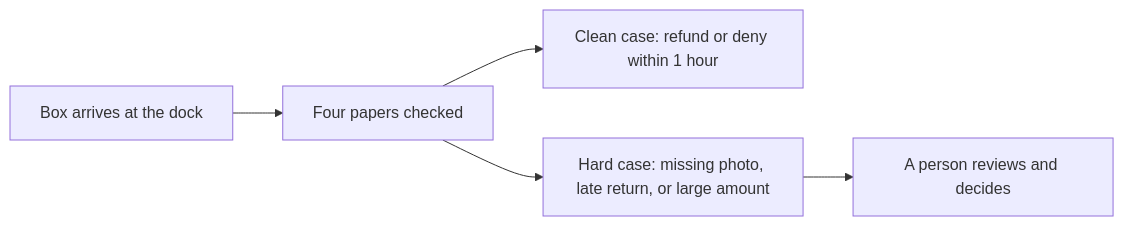
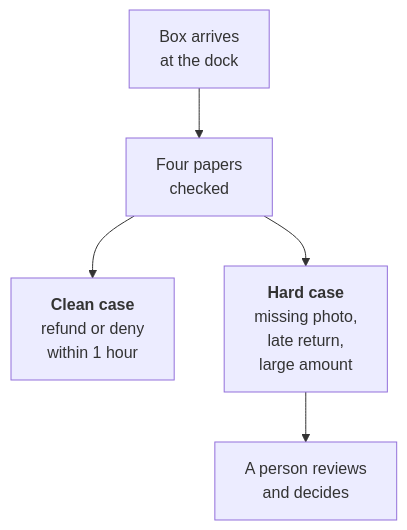
One commit to samuel-ochaba-dev/keelacademy changed the second of 2 diagrams in content/units/phase-0/0.1/learn.md. Above: the diagram before and after it, drawn with Mermaid. The commit also changed other lines of this file and 4 other files, not shown here.

Commit message:
M1.3-1.5 diagrams: legibility limits in check-mermaid, 0.1 figures rewritten, authoring rule

````diff
--- a/content/units/phase-0/0.1/learn.md
+++ b/content/units/phase-0/0.1/learn.md
@@ -116,7 +116,7 @@
 ```mermaid Figure 2: Clean cases move fast, hard cases go to a person
-flowchart LR
-    R["Box arrives at the dock"] --> K["Four papers checked"]
-    K --> C["Clean case: refund or deny within 1 hour"]
-    K --> H["Hard case: missing photo, late return, or large amount"]
-    H --> P["A person reviews and decides"]
+flowchart TD
+    R["Box arrives<br/>at the dock"] --> K["Four papers<br/>checked"]
+    K --> C["<b>Clean case</b><br/>refund or deny<br/>within 1 hour"]
+    K --> H["<b>Hard case</b><br/>missing photo,<br/>late return,<br/>large amount"]
+    H --> P["A person reviews<br/>and decides"]
 ```
````
